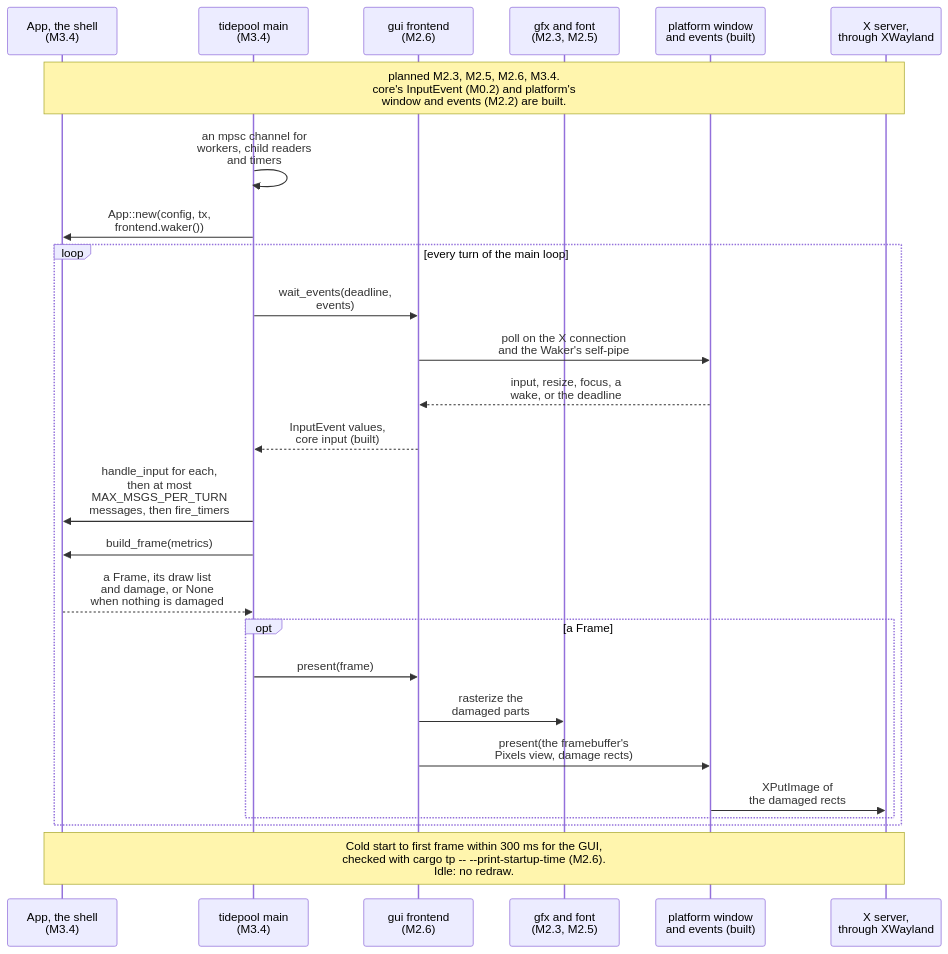
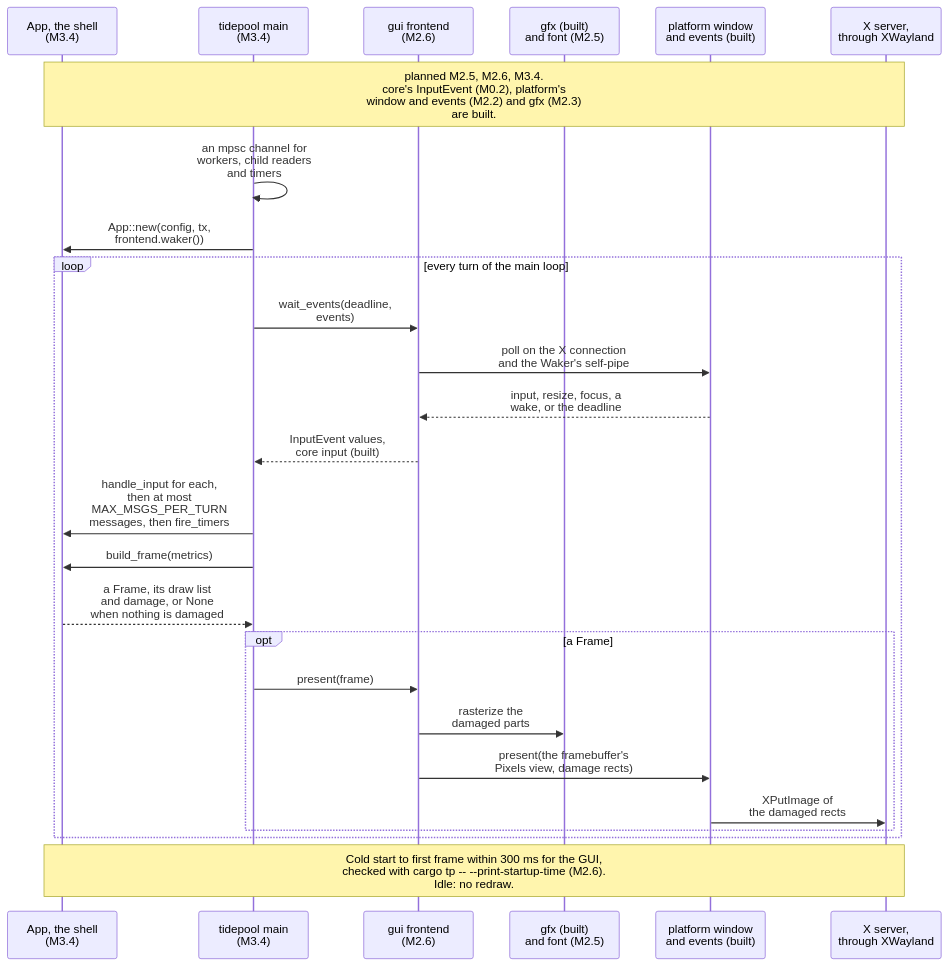
The ninth of 21 diagrams in diagrams/sequence-diagrams.md (jabbott-iii/Tidepool), drawn with Mermaid before and after one commit. The commit also changed other lines of this file and 28 other files, not shown here.

````diff
--- a/diagrams/sequence-diagrams.md
+++ b/diagrams/sequence-diagrams.md
@@ -470,29 +470,29 @@
 ```mermaid
 sequenceDiagram
     participant Shell as App, the shell<br/>(M3.4)
     participant Cli as tidepool main<br/>(M3.4)
     participant Fe as gui frontend<br/>(M2.6)
-    participant Gfx as gfx and font<br/>(M2.3, M2.5)
+    participant Gfx as gfx (built)<br/>and font (M2.5)
     participant Plat as platform window<br/>and events (built)
     participant Disp as X server,<br/>through XWayland
 
-    Note over Shell,Disp: planned M2.3, M2.5, M2.6, M3.4.<br/>core's InputEvent (M0.2) and platform's<br/>window and events (M2.2) are built.
+    Note over Shell,Disp: planned M2.5, M2.6, M3.4.<br/>core's InputEvent (M0.2), platform's<br/>window and events (M2.2) and gfx (M2.3)<br/>are built.
     Cli->>Cli: an mpsc channel for<br/>workers, child readers<br/>and timers
     Cli->>Shell: App::new(config, tx,<br/>frontend.waker())
     loop every turn of the main loop
         Cli->>Fe: wait_events(deadline,<br/>events)
         Fe->>Plat: poll on the X connection<br/>and the Waker's self-pipe
         Plat-->>Fe: input, resize, focus, a<br/>wake, or the deadline
         Fe-->>Cli: InputEvent values,<br/>core input (built)
         Cli->>Shell: handle_input for each,<br/>then at most<br/>MAX_MSGS_PER_TURN<br/>messages, then fire_timers
         Cli->>Shell: build_frame(metrics)
         Shell-->>Cli: a Frame, its draw list<br/>and damage, or None<br/>when nothing is damaged
         opt a Frame
             Cli->>Fe: present(frame)
             Fe->>Gfx: rasterize the<br/>damaged parts
             Fe->>Plat: present(the framebuffer's<br/>Pixels view, damage rects)
             Plat->>Disp: XPutImage of<br/>the damaged rects
         end
     end
     Note over Shell,Disp: Cold start to first frame within 300 ms for the GUI,<br/>checked with cargo tp -- --print-startup-time (M2.6).<br/>Idle: no redraw.
 ```
````
